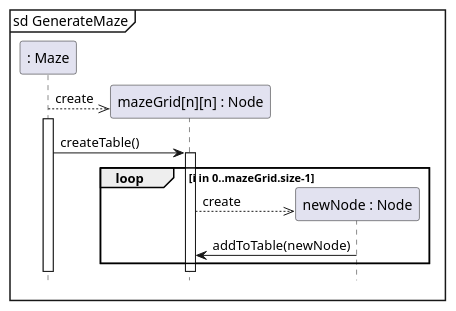
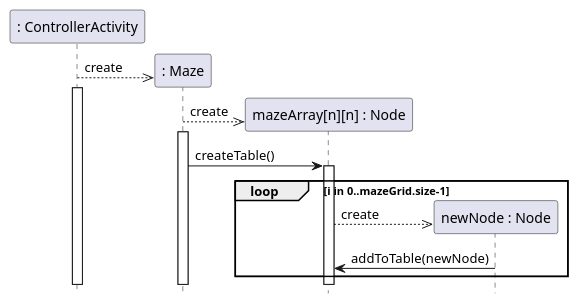
One commit to codelazarus14/team-1b-java-app changed the third of 3 diagrams in doc/design.md. Above: the diagram before and after it, drawn with PlantUML. The commit also changed other lines of this file, not shown here.

````diff
--- a/doc/design.md
+++ b/doc/design.md
@@ -91,20 +82,22 @@
 ```plantuml
 @startuml
 hide footbox
-mainframe sd GenerateMaze
+participant ": ControllerActivity" as game
+participant ": Maze" as maze
+participant "mazeArray[n][n] : Node" as nodes
+participant "newNode : Node" as node
 
-participant ": Maze" as maze
-participant "mazeGrid[n][n] : Node" as nodes
-participant "newNode : Node" as node
+game -->> maze **: create
+activate game
 
 maze -->> nodes** : create
 activate maze
 maze -> nodes : createTable()
 activate nodes
 loop i in 0..mazeGrid.size-1
   nodes -->> node** : create
   node -> nodes : addToTable(newNode)
 end
 
 @enduml
 ```
````
